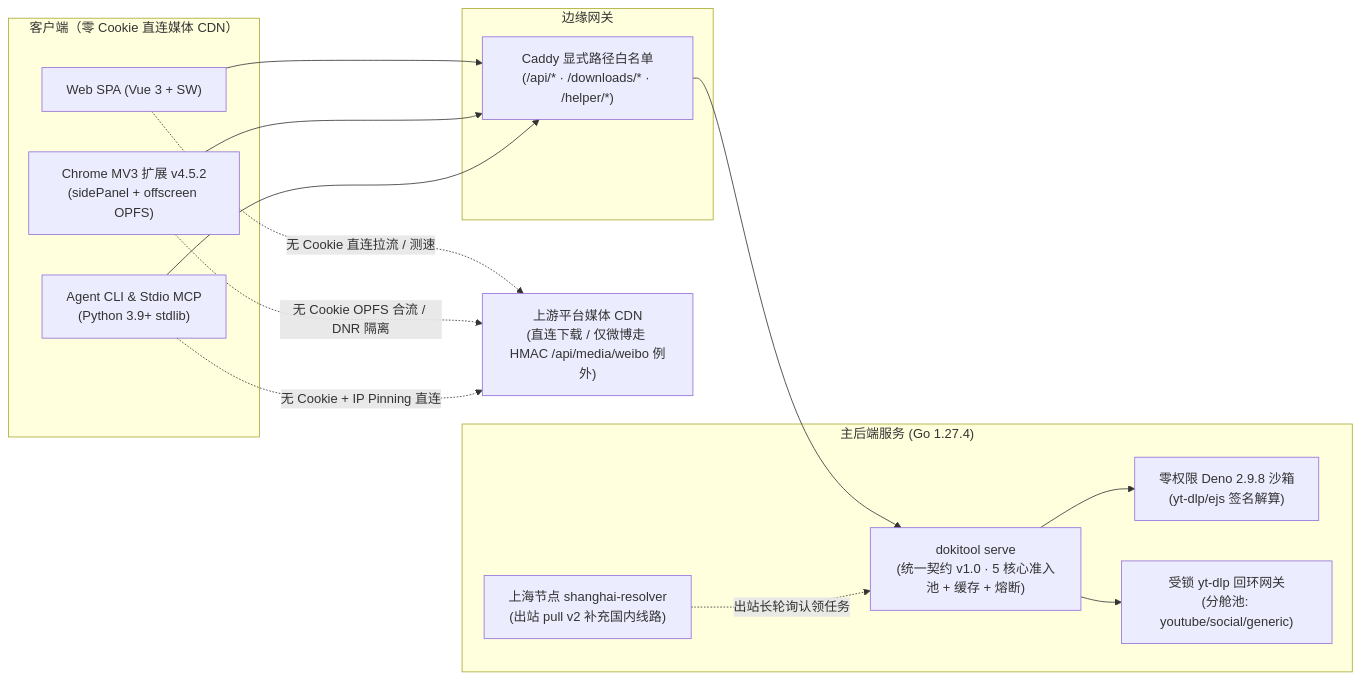
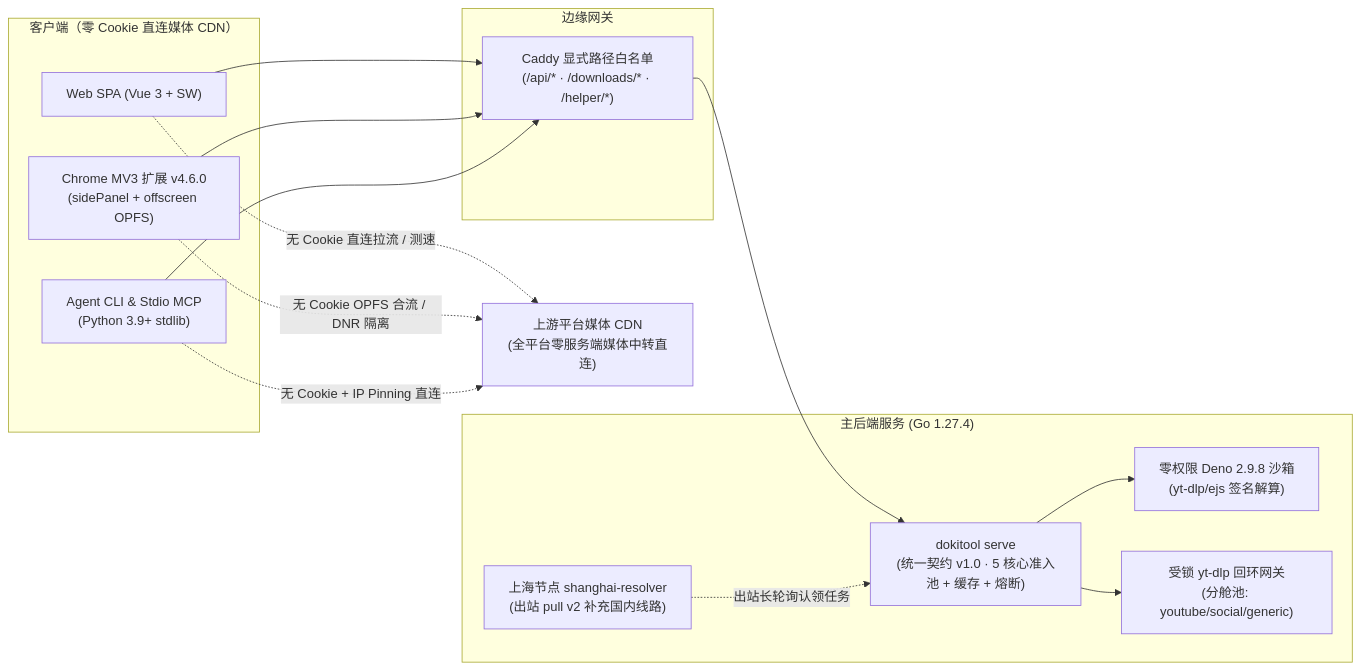
The diagram in README.md (Daiobs/DokiTool-Go), drawn with Mermaid before and after one commit. The commit also changed other lines of this file and 131 other files, not shown here.

````diff
--- a/README.md
+++ b/README.md
@@ -63,32 +63,32 @@
 ```mermaid
 flowchart LR
     subgraph Clients["客户端（零 Cookie 直连媒体 CDN）"]
         Web["Web SPA (Vue 3 + SW)"]
-        Ext["Chrome MV3 扩展 v4.5.2\n(sidePanel + offscreen OPFS)"]
+        Ext["Chrome MV3 扩展 v4.6.0\n(sidePanel + offscreen OPFS)"]
         Agent["Agent CLI & Stdio MCP\n(Python 3.9+ stdlib)"]
     end
 
     subgraph Edge["边缘网关"]
         Caddy["Caddy 显式路径白名单\n(/api/* · /downloads/* · /helper/*)"]
     end
 
     subgraph Backend["主后端服务 (Go 1.27.4)"]
         GoAPI["dokitool serve\n(统一契约 v1.0 · 5 核心准入池 + 缓存 + 熔断)"]
         Deno["零权限 Deno 2.9.8 沙箱\n(yt-dlp/ejs 签名解算)"]
         YTDLP["受锁 yt-dlp 回环网关\n(分舱池: youtube/social/generic)"]
         SH["上海节点 shanghai-resolver\n(出站 pull v2 补充国内线路)"]
     end
 
-    CDN["上游平台媒体 CDN\n(直连下载 / 仅微博走 HMAC /api/media/weibo 例外)"]
+    CDN["上游平台媒体 CDN\n(全平台零服务端媒体中转直连)"]
 
     Web --> Caddy
     Ext --> Caddy
     Agent --> Caddy
     Caddy --> GoAPI
     GoAPI --> Deno
     GoAPI --> YTDLP
     SH -. "出站长轮询认领任务" .-> GoAPI
     Web -. "无 Cookie 直连拉流 / 测速" .-> CDN
     Ext -. "无 Cookie OPFS 合流 / DNR 隔离" .-> CDN
     Agent -. "无 Cookie + IP Pinning 直连" .-> CDN
 ```
````
